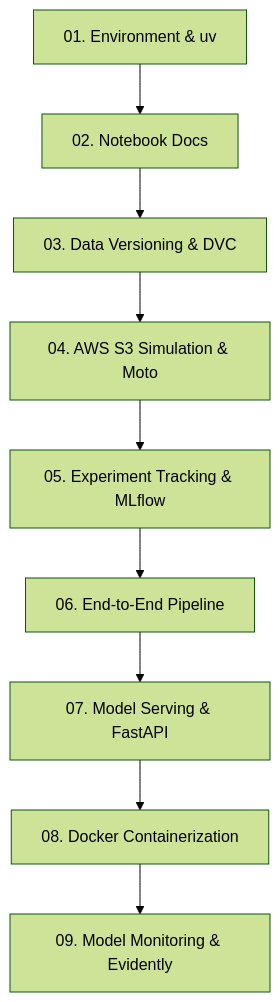
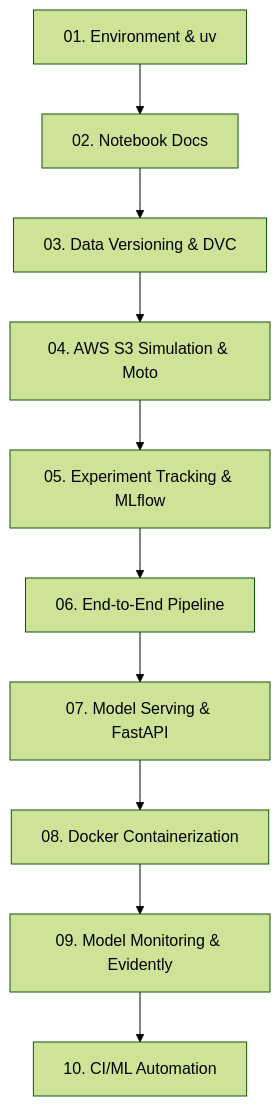
The diagram in docs/index.md (sadatian/MLOps), drawn with Mermaid (forest theme) before and after one commit. The commit also changed other lines of this file and 7 other files, not shown here.

````diff
--- a/docs/index.md
+++ b/docs/index.md
@@ -13,11 +13,12 @@
 ```mermaid
 graph TD
     M1[01. Environment & uv] --> M2[02. Notebook Docs]
     M2 --> M3[03. Data Versioning & DVC]
     M3 --> M4[04. AWS S3 Simulation & Moto]
     M4 --> M5[05. Experiment Tracking & MLflow]
     M5 --> M6[06. End-to-End Pipeline]
     M6 --> M7[07. Model Serving & FastAPI]
     M7 --> M8[08. Docker Containerization]
     M8 --> M9[09. Model Monitoring & Evidently]
+    M9 --> M10[10. CI/ML Automation]
 ```
````
